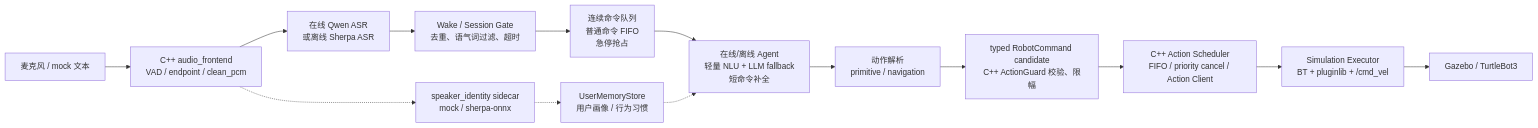
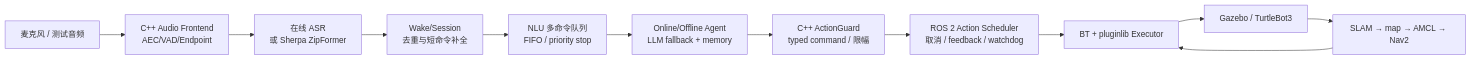
The diagram in README.md (Edddddddddy/embodied_agent_ws), drawn with Mermaid before and after one commit. The commit also changed other lines of this file and 20 other files, not shown here.

````diff
--- a/README.md
+++ b/README.md
@@ -41,16 +36,14 @@
 ```mermaid
 flowchart LR
-  Mic["麦克风 / mock 文本"] --> Audio["C++ audio_frontend\nVAD / endpoint / clean_pcm"]
-  Audio --> ASR["在线 Qwen ASR\n或离线 Sherpa ASR"]
-  Audio -.-> Speaker["speaker_identity sidecar\nmock / sherpa-onnx"]
-  Speaker -.-> Memory["UserMemoryStore\n用户画像 / 行为习惯"]
-  ASR --> Gate["Wake / Session Gate\n去重、语气词过滤、超时"]
-  Gate --> Queue["连续命令队列\n普通命令 FIFO\n急停抢占"]
-  Queue --> Agent["在线/离线 Agent\n轻量 NLU + LLM fallback\n短命令补全"]
-  Memory -.-> Agent
-  Agent --> Parser["动作解析\nprimitive / navigation"]
-  Parser --> Guard["typed RobotCommand candidate\nC++ ActionGuard 校验、限幅"]
-  Guard --> Bridge["C++ Action Scheduler\nFIFO / priority cancel / Action Client"]
-  Bridge --> Sim["Simulation Executor\nBT + pluginlib + /cmd_vel"]
-  Sim --> Gazebo["Gazebo / TurtleBot3"]
+  Mic["麦克风 / 测试音频"] --> Frontend["C++ Audio Frontend\nAEC/VAD/Endpoint"]
+  Frontend --> ASR["在线 ASR\n或 Sherpa ZipFormer"]
+  ASR --> Session["Wake/Session\n去重与短命令补全"]
+  Session --> Queue["NLU 多命令队列\nFIFO / priority stop"]
+  Queue --> Agent["Online/Offline Agent\nLLM fallback + memory"]
+  Agent --> Guard["C++ ActionGuard\ntyped command / 限幅"]
+  Guard --> Scheduler["ROS 2 Action Scheduler\n取消 / feedback / watchdog"]
+  Scheduler --> Executor["BT + pluginlib Executor"]
+  Executor --> Gazebo["Gazebo / TurtleBot3"]
+  Gazebo --> SLAM["SLAM → map → AMCL → Nav2"]
+  SLAM --> Executor
 ```
````
